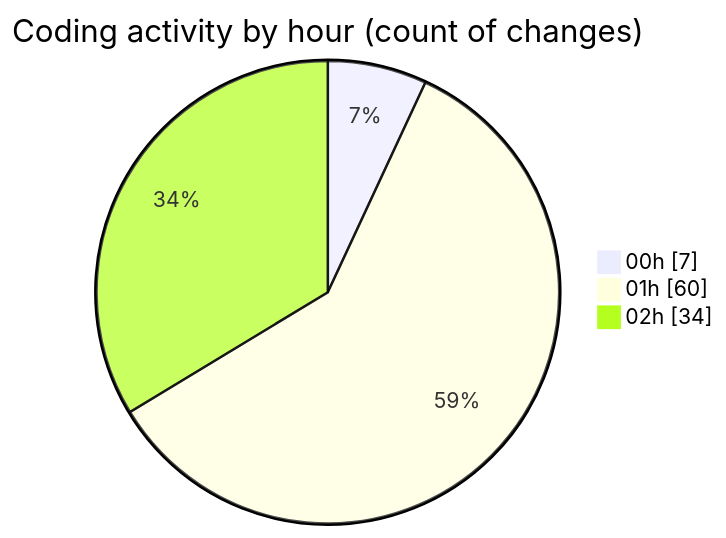
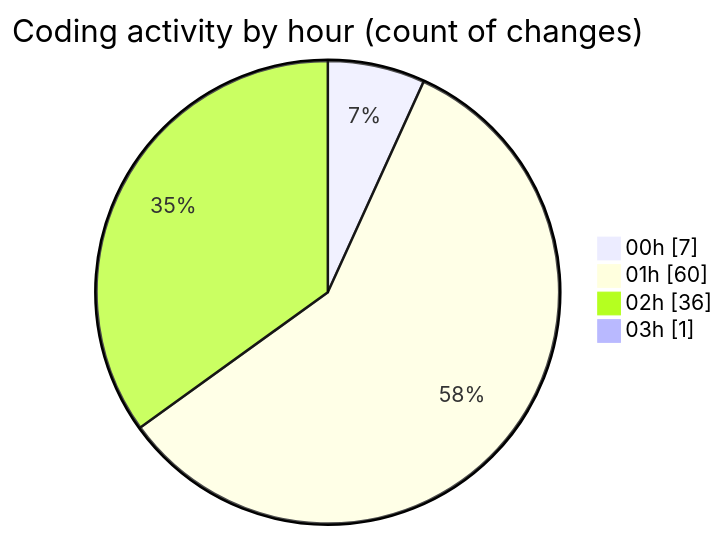
One commit to julien-gomy/code-tracking changed the second of 2 diagrams in 2025-10-07/eventscop-frontend-guide__workspace_/README.md. Above: the diagram before and after it, drawn with Mermaid. The commit also changed other lines of this file and 1 other file, not shown here.

````diff
--- a/2025-10-07/eventscop-frontend-guide__workspace_/README.md
+++ b/2025-10-07/eventscop-frontend-guide__workspace_/README.md
@@ -80,7 +80,8 @@
 ```mermaid
 pie showData
 title Coding activity by hour (count of changes)
 "00h" : 7
 "01h" : 60
-"02h" : 34
+"02h" : 36
+"03h" : 1
 ```
````
